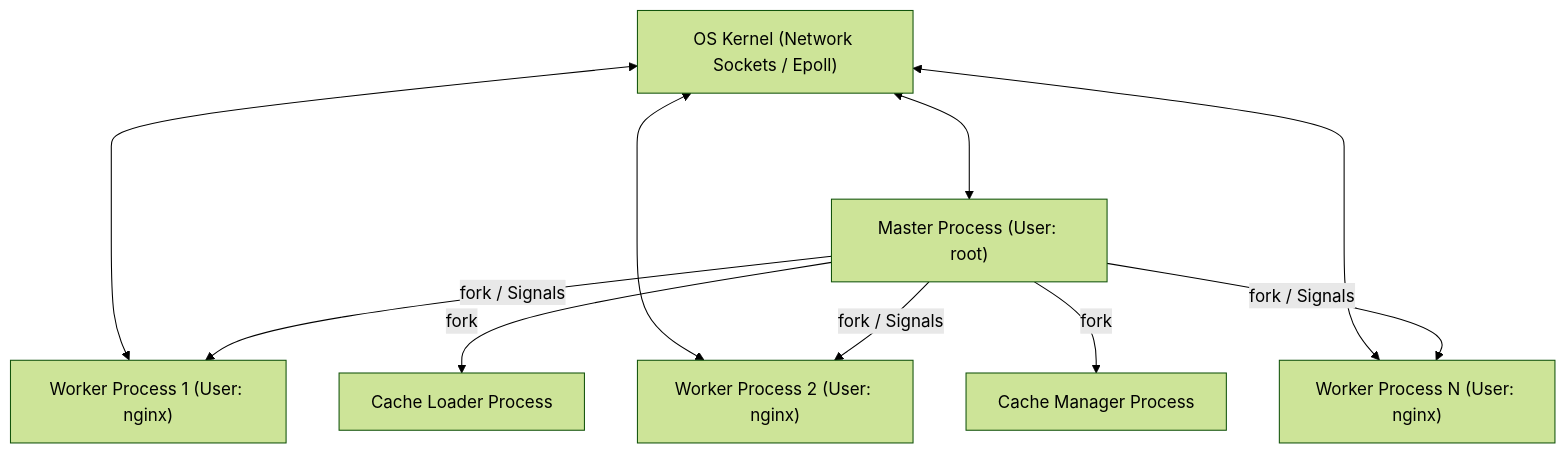
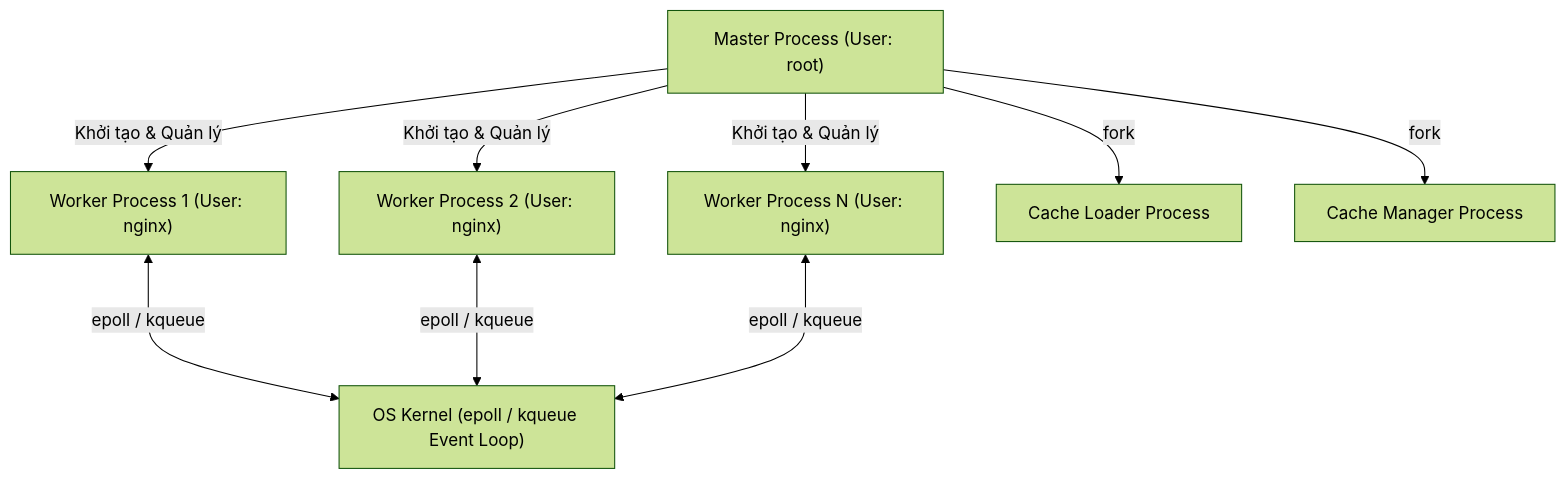
Before and after one commit to MaiTheHao/docs: the first of 3 diagrams in nginx/02_architecture_and_core_concepts.md, drawn with Mermaid (forest theme). The commit also changed other lines of this file and 10 other files, not shown here.

````diff
--- a/nginx/02_architecture_and_core_concepts.md
+++ b/nginx/02_architecture_and_core_concepts.md
@@ -20,15 +23,16 @@
 ```mermaid
 graph TD
-    Kernel["OS Kernel (Network Sockets / Epoll)"] <---> Master["Master Process (User: root)"]
+    Kernel["OS Kernel (epoll / kqueue Event Loop)"]
+    Master["Master Process (User: root)"]
     
-    Master -->|fork / Signals| Worker1["Worker Process 1 (User: nginx)"]
-    Master -->|fork / Signals| Worker2["Worker Process 2 (User: nginx)"]
-    Master -->|fork / Signals| WorkerN["Worker Process N (User: nginx)"]
+    Master -->|Khởi tạo & Quản lý| Worker1["Worker Process 1 (User: nginx)"]
+    Master -->|Khởi tạo & Quản lý| Worker2["Worker Process 2 (User: nginx)"]
+    Master -->|Khởi tạo & Quản lý| WorkerN["Worker Process N (User: nginx)"]
     
     Master -->|fork| CacheLoader["Cache Loader Process"]
     Master -->|fork| CacheManager["Cache Manager Process"]
 
-    Worker1 <---> Kernel
-    Worker2 <---> Kernel
-    WorkerN <---> Kernel
+    Worker1 <--->|epoll / kqueue| Kernel
+    Worker2 <--->|epoll / kqueue| Kernel
+    WorkerN <--->|epoll / kqueue| Kernel
 ```
````
